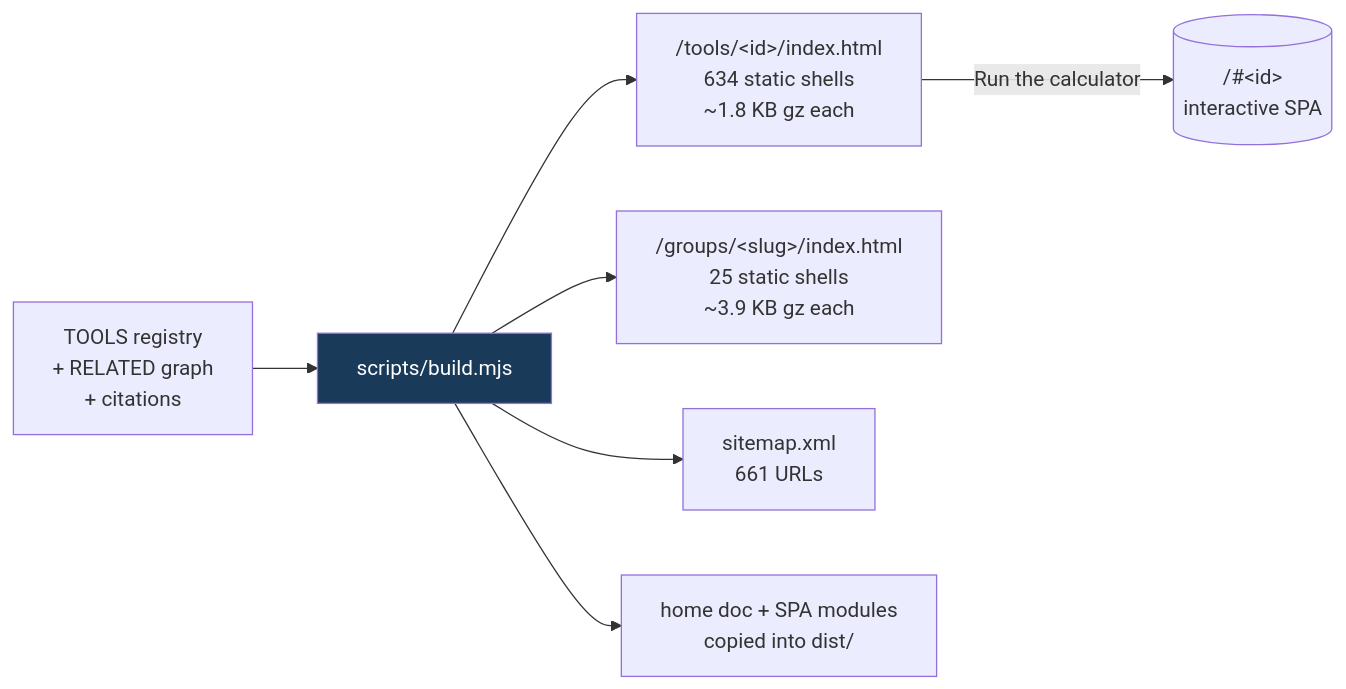
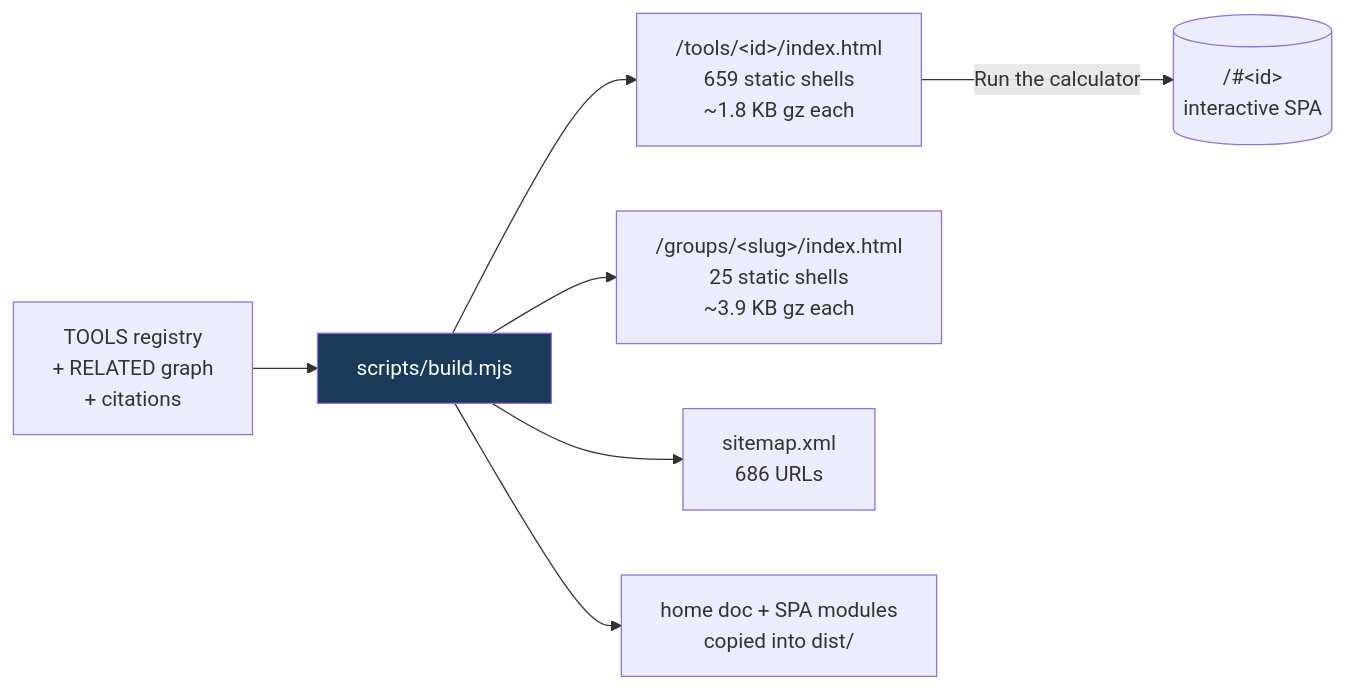
One commit to clay-good/roughlogic.com changed the fifth of 8 diagrams in README.md. Above: the diagram before and after it, drawn with Mermaid. The commit also changed other lines of this file and 39 other files, not shown here.

````diff
--- a/README.md
+++ b/README.md
@@ -432,10 +434,10 @@
 ```mermaid
 flowchart LR
     SRC[TOOLS registry\n+ RELATED graph\n+ citations] --> BUILD[scripts/build.mjs]
-    BUILD --> TILE["/tools/&lt;id&gt;/index.html\n634 static shells\n~1.8 KB gz each"]
+    BUILD --> TILE["/tools/&lt;id&gt;/index.html\n659 static shells\n~1.8 KB gz each"]
     BUILD --> GROUP["/groups/&lt;slug&gt;/index.html\n25 static shells\n~3.9 KB gz each"]
-    BUILD --> MAP["sitemap.xml\n661 URLs"]
+    BUILD --> MAP["sitemap.xml\n686 URLs"]
     BUILD --> COPY[home doc + SPA modules\ncopied into dist/]
     TILE -->|Run the calculator| SPA[("/#&lt;id&gt;\ninteractive SPA")]
     style BUILD fill:#1a3a5a,color:#fff
 ```
````
